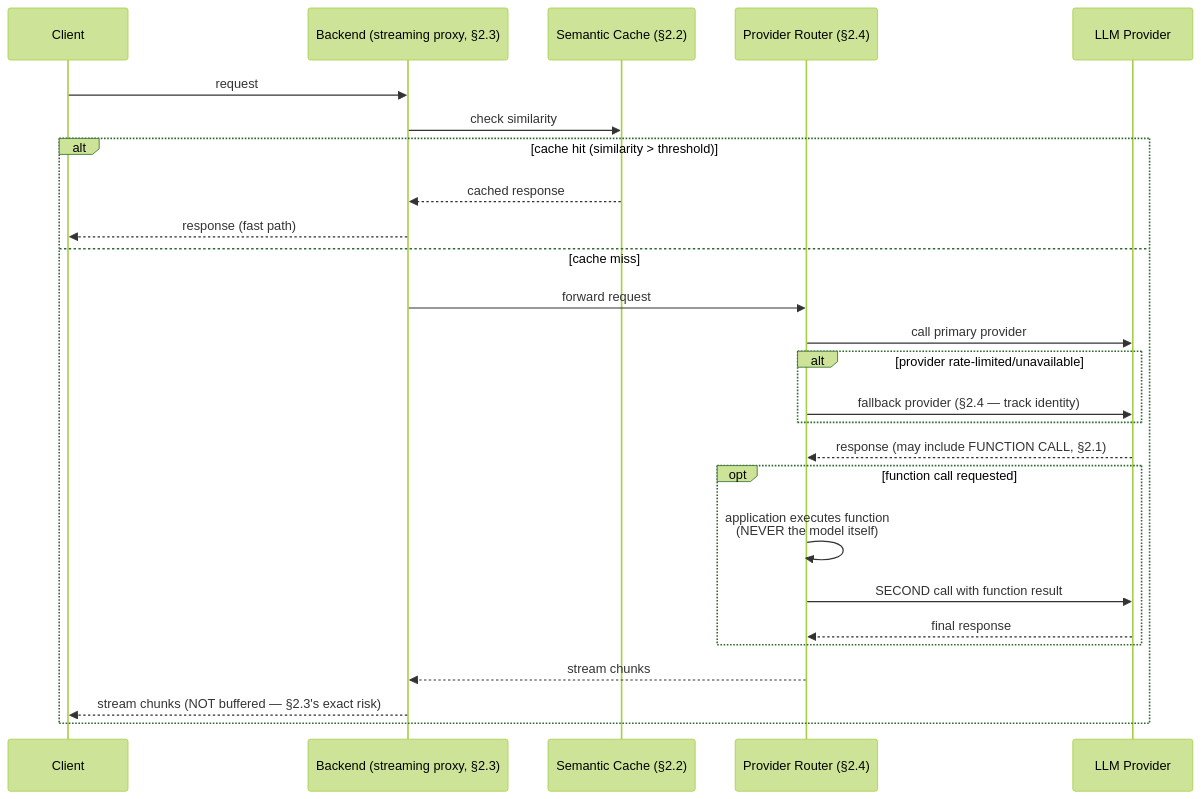
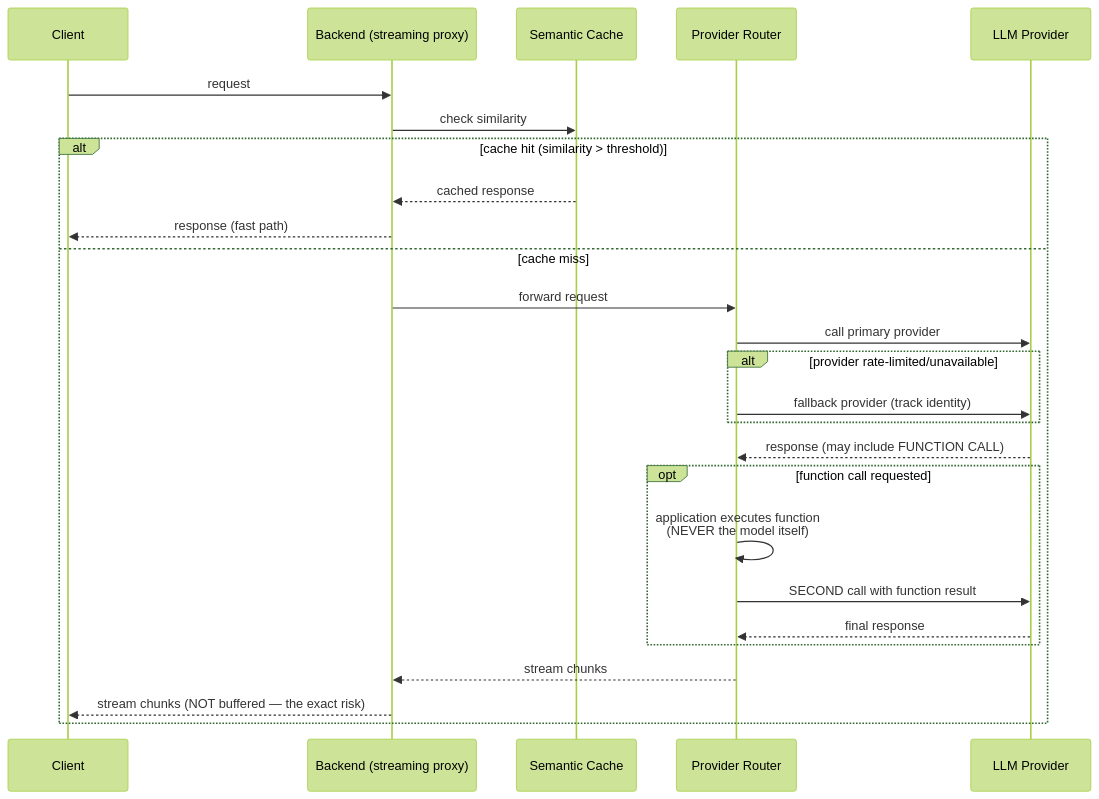
The diagram in 44-AI-Systems/04-LLM-Integration-ProductionAPIPatterns-Streaming-FunctionCalling-Caching-Resilience.md (umashankarp/InterviewQuestions), drawn with Mermaid (forest theme) before and after one commit. The commit also changed other lines of this file and 173 other files, not shown here.

````diff
--- a/44-AI-Systems/04-LLM-Integration-ProductionAPIPatterns-Streaming-FunctionCalling-Caching-Resilience.md
+++ b/44-AI-Systems/04-LLM-Integration-ProductionAPIPatterns-Streaming-FunctionCalling-Caching-Resilience.md
@@ -62,29 +62,29 @@
 ```mermaid
 sequenceDiagram
-    participant Client
-    participant Backend as Backend (streaming proxy, §2.3)
-    participant Cache as Semantic Cache (§2.2)
-    participant Router as Provider Router (§2.4)
-    participant Model as LLM Provider
+ participant Client
+ participant Backend as Backend (streaming proxy)
+ participant Cache as Semantic Cache
+ participant Router as Provider Router
+ participant Model as LLM Provider
 
-    Client->>Backend: request
-    Backend->>Cache: check similarity
-    alt cache hit (similarity > threshold)
-        Cache-->>Backend: cached response
-        Backend-->>Client: response (fast path)
-    else cache miss
-        Backend->>Router: forward request
-        Router->>Model: call primary provider
-        alt provider rate-limited/unavailable
-            Router->>Model: fallback provider (§2.4 — track identity)
-        end
-        Model-->>Router: response (may include FUNCTION CALL, §2.1)
-        opt function call requested
-            Router->>Router: application executes function<br/>(NEVER the model itself)
-            Router->>Model: SECOND call with function result
-            Model-->>Router: final response
-        end
-        Router-->>Backend: stream chunks
-        Backend-->>Client: stream chunks (NOT buffered — §2.3's exact risk)
-    end
+ Client->>Backend: request
+ Backend->>Cache: check similarity
+ alt cache hit (similarity > threshold)
+ Cache-->>Backend: cached response
+ Backend-->>Client: response (fast path)
+ else cache miss
+ Backend->>Router: forward request
+ Router->>Model: call primary provider
+ alt provider rate-limited/unavailable
+ Router->>Model: fallback provider (track identity)
+ end
+ Model-->>Router: response (may include FUNCTION CALL)
+ opt function call requested
+ Router->>Router: application executes function<br/>(NEVER the model itself)
+ Router->>Model: SECOND call with function result
+ Model-->>Router: final response
+ end
+ Router-->>Backend: stream chunks
+ Backend-->>Client: stream chunks (NOT buffered — the exact risk)
+ end
 ```
````
